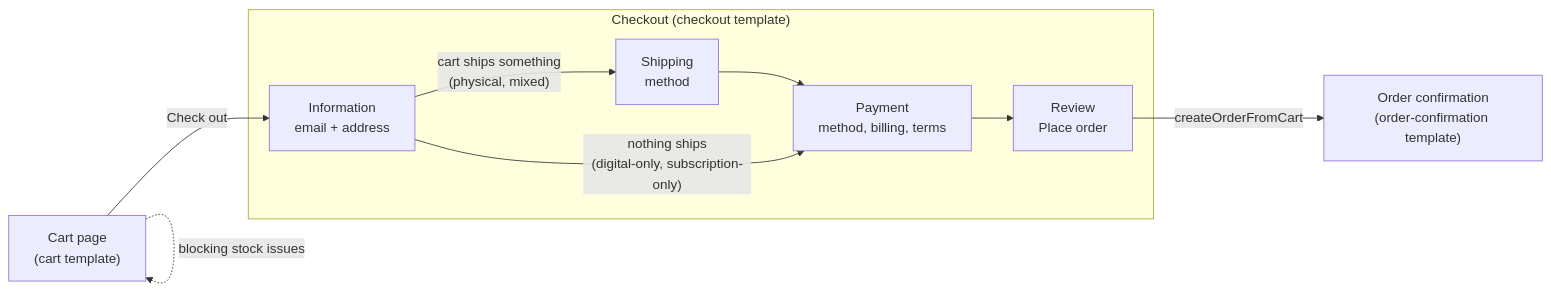
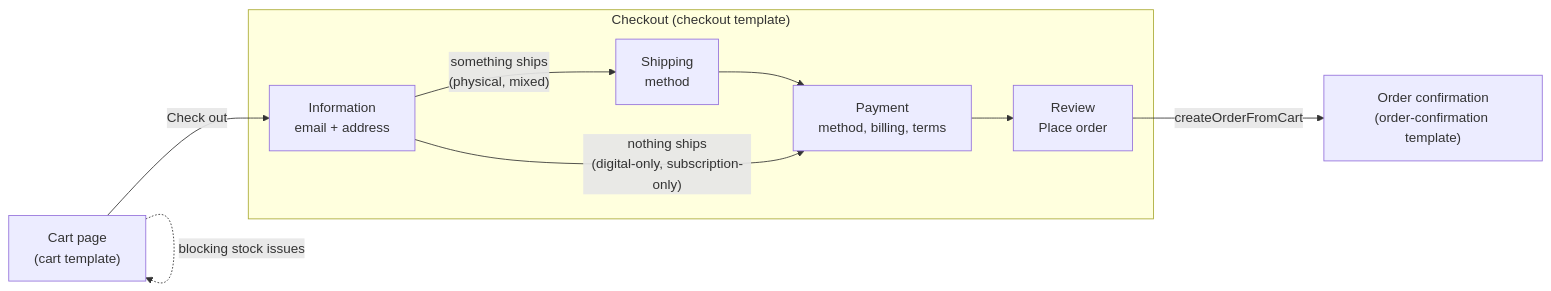
One commit to jpiemeisl/storybook-playwright changed the diagram in docs/commerce-checkout.md. Above: the diagram before and after it, drawn with Mermaid. The commit also changed other lines of this file and 5 other files, not shown here.

````diff
--- a/docs/commerce-checkout.md
+++ b/docs/commerce-checkout.md
@@ -9,17 +11,17 @@
 ```mermaid
 flowchart LR
   Cart["Cart page<br/>(cart template)"] -->|Check out| Info
 
   subgraph Checkout["Checkout (checkout template)"]
     Info["Information<br/>email + address"]
     Ship["Shipping<br/>method"]
     Pay["Payment<br/>method, billing, terms"]
     Review["Review<br/>Place order"]
-    Info -->|"cart ships something<br/>(physical, mixed)"| Ship --> Pay
+    Info -->|"something ships<br/>(physical, mixed)"| Ship --> Pay
     Info -->|"nothing ships<br/>(digital-only, subscription-only)"| Pay
     Pay --> Review
   end
 
   Review -->|createOrderFromCart| Confirm["Order confirmation<br/>(order-confirmation template)"]
   Cart -. blocking stock issues .-> Cart
 ```
````
